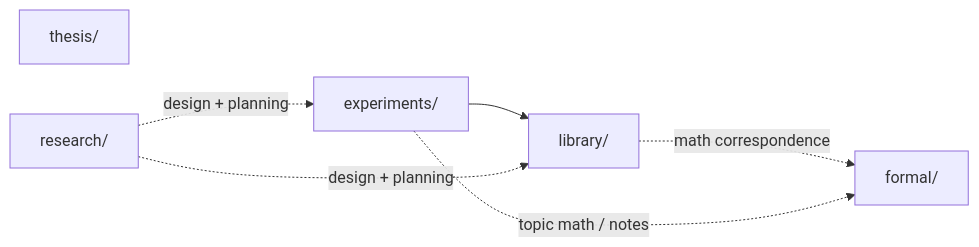
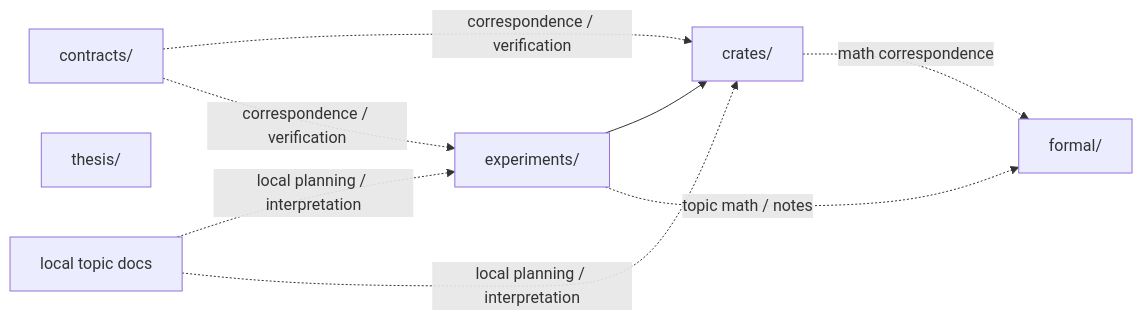
The first of 4 diagrams in ARCHITECTURE.md (JoernStoehler/msc-math), drawn with Mermaid before and after one commit. The commit also changed other lines of this file and 138 other files, not shown here.

````diff
--- a/ARCHITECTURE.md
+++ b/ARCHITECTURE.md
@@ -61,14 +62,17 @@
 ```mermaid
 flowchart LR
-    L["library/"]
+    C["crates/"]
     E["experiments/"]
     F["formal/"]
+    K["contracts/"]
     T["thesis/"]
-    R["research/"]
+    D["local topic docs"]
 
-    E --> L
-    L -. math correspondence .-> F
+    E --> C
+    C -. math correspondence .-> F
     E -. topic math / notes .-> F
-    R -. design + planning .-> E
-    R -. design + planning .-> L
+    K -. correspondence / verification .-> C
+    K -. correspondence / verification .-> E
+    D -. local planning / interpretation .-> E
+    D -. local planning / interpretation .-> C
 ```
````
